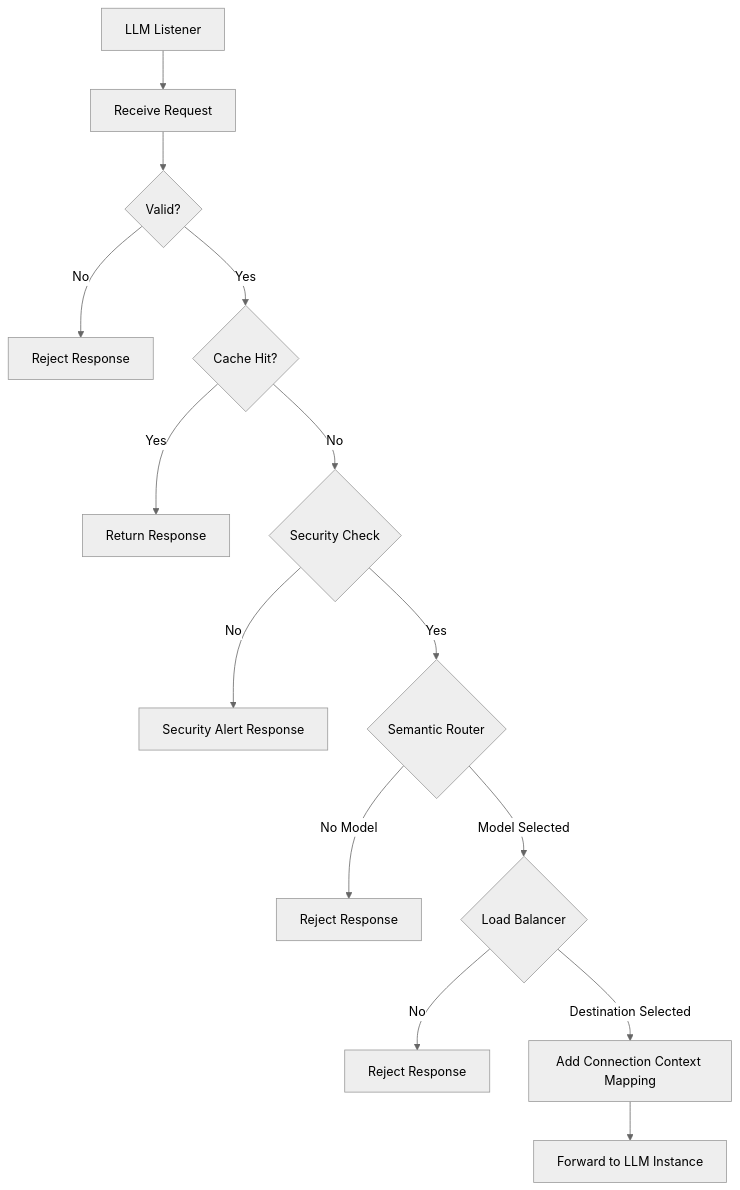
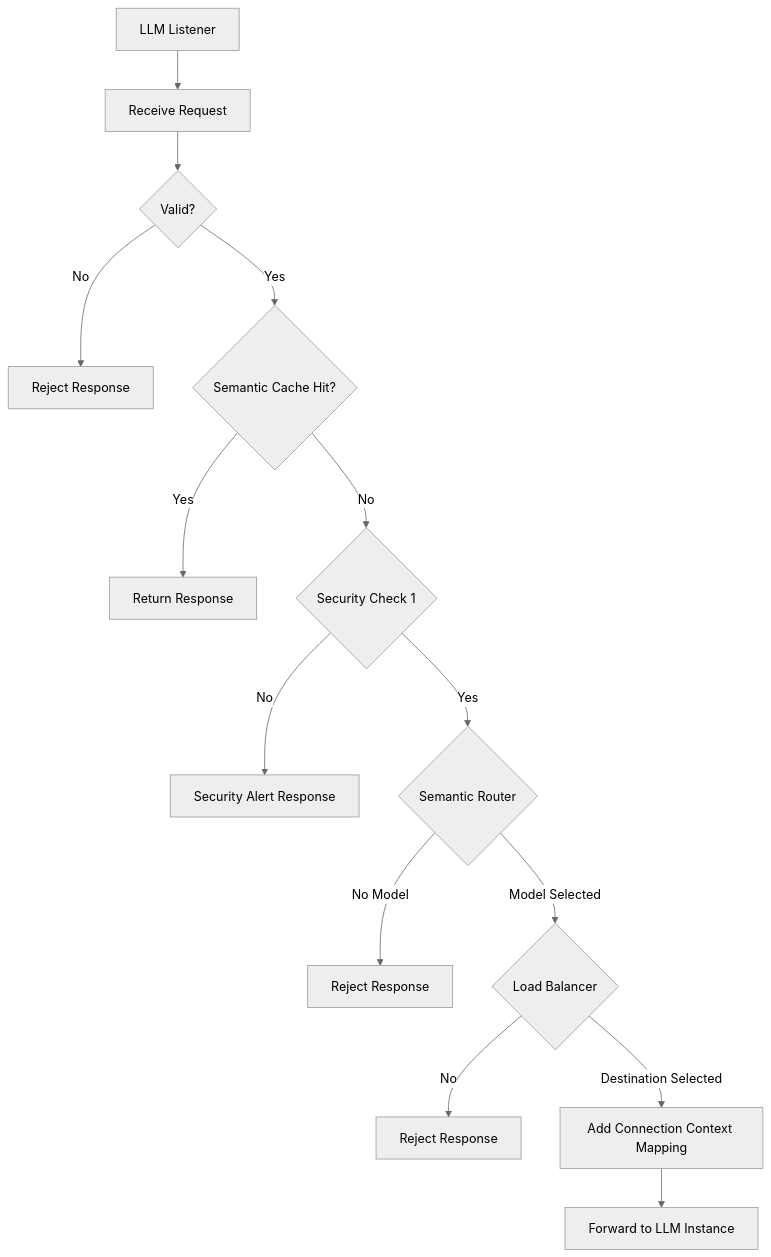
The first of 3 diagrams in ase_llm_load_balancer.md (puyanguvic/semenatic_routing_and_load_balance), drawn with Mermaid (neutral theme) before and after one commit. The commit also changed other lines of this file, not shown here.

Commit message:
Clarify cache hit and security check labels

````diff
--- a/ase_llm_load_balancer.md
+++ b/ase_llm_load_balancer.md
@@ -56,22 +56,22 @@
 ```mermaid
 flowchart TD
     A[LLM Listener] --> B[Receive Request]
     B --> C{Valid?}
 
     C -- No --> R1[Reject Response]
 
-    C -- Yes --> SC{Cache Hit?}
+    C -- Yes --> SC{Semantic Cache Hit?}
     SC -- Yes --> F[Return Response]
 
-    SC -- No --> SEC{Security Check}
+    SC -- No --> SEC{Security Check 1}
     SEC -- No --> G[Security Alert Response]
 
     SEC -- Yes --> SR{Semantic Router}
     SR -- No Model --> R2[Reject Response]
 
     SR -- Model Selected --> LB{Load Balancer}
     LB -- No --> R3[Reject Response]
 
     LB -- Destination Selected --> MAP[Add Connection Context Mapping]
     MAP --> FORWARD[Forward to LLM Instance]
 ```
````
